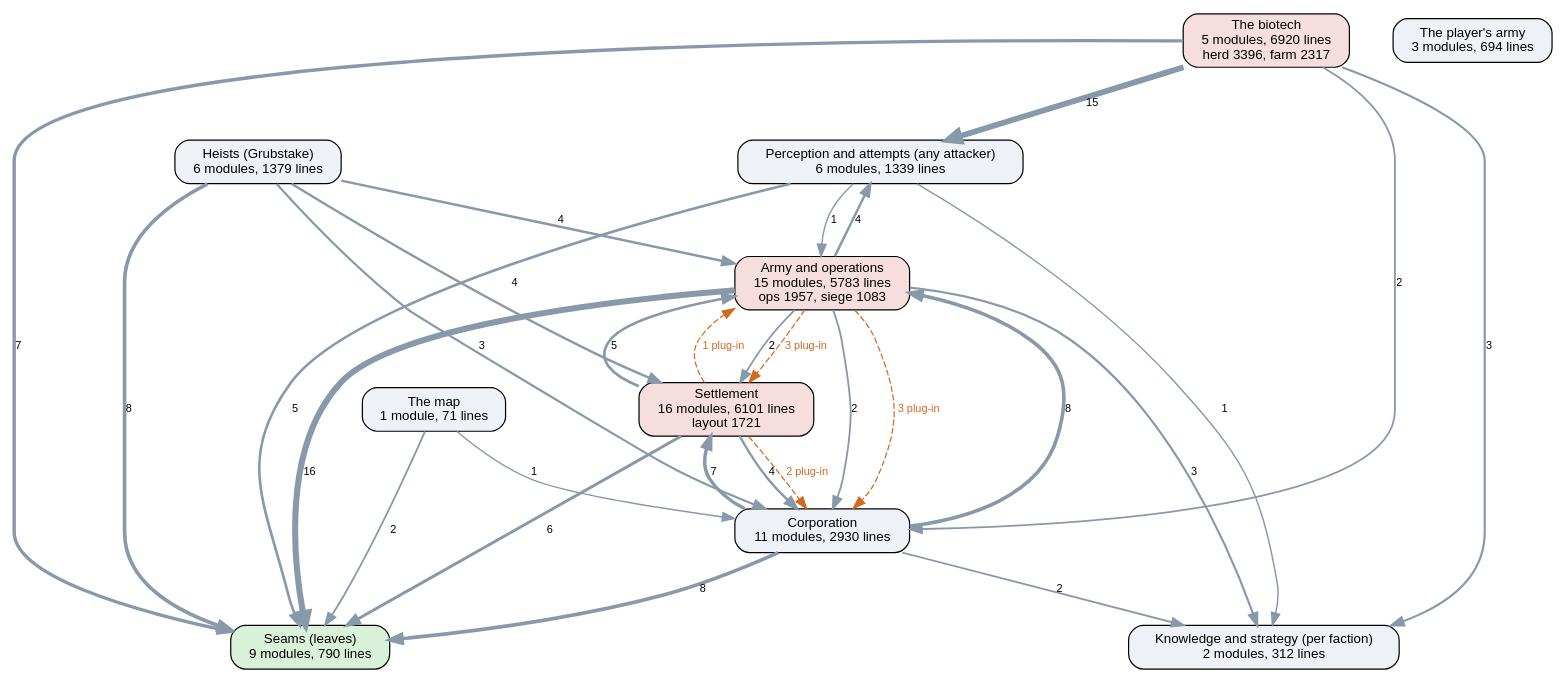
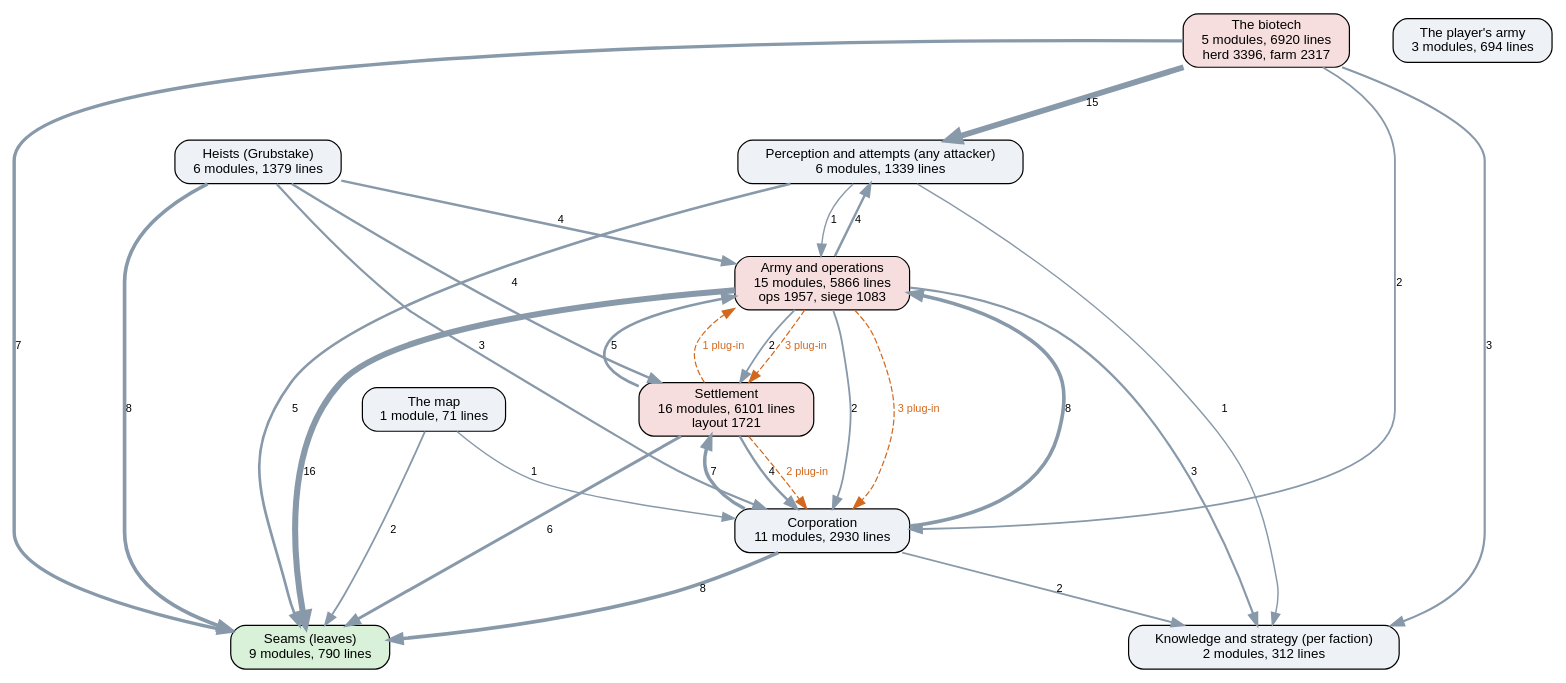
The diagram in docs/ai-layers.dot (kinelhu/landing-party), drawn with Graphviz before and after one commit. The commit also changed 13 other files, not shown here.

```diff
--- a/docs/ai-layers.dot
+++ b/docs/ai-layers.dot
@@ -1,44 +1,44 @@
 digraph layers {
   graph [rankdir=TB, fontname="Helvetica", nodesep=0.5, ranksep=0.7];
   node [shape=box, style="rounded,filled", fontname="Helvetica", fontsize=11, fillcolor="#eef2f7"];
   edge [color="#8899aa", fontname="Helvetica", fontsize=9];
   "Seams (leaves)" [label="Seams (leaves)\n9 modules, 790 lines", fillcolor="#d9f0d9"];
   "Perception and attempts (any attacker)" [label="Perception and attempts (any attacker)\n6 modules, 1339 lines", fillcolor="#eef2f7"];
   "Knowledge and strategy (per faction)" [label="Knowledge and strategy (per faction)\n2 modules, 312 lines", fillcolor="#eef2f7"];
   "Corporation" [label="Corporation\n11 modules, 2930 lines", fillcolor="#eef2f7"];
   "Settlement" [label="Settlement\n16 modules, 6101 lines\nlayout 1721", fillcolor="#f7dede"];
-  "Army and operations" [label="Army and operations\n15 modules, 5783 lines\nops 1957, siege 1083", fillcolor="#f7dede"];
+  "Army and operations" [label="Army and operations\n15 modules, 5866 lines\nops 1957, siege 1083", fillcolor="#f7dede"];
   "Heists (Grubstake)" [label="Heists (Grubstake)\n6 modules, 1379 lines", fillcolor="#eef2f7"];
   "The biotech" [label="The biotech\n5 modules, 6920 lines\nherd 3396, farm 2317", fillcolor="#f7dede"];
   "The map" [label="The map\n1 module, 71 lines", fillcolor="#eef2f7"];
   "The player's army" [label="The player's army\n3 modules, 694 lines", fillcolor="#eef2f7"];
   "Army and operations" -> "Corporation" [label="2", penwidth=1.5];
   "Army and operations" -> "Knowledge and strategy (per faction)" [label="3", penwidth=1.8];
   "Army and operations" -> "Perception and attempts (any attacker)" [label="4", penwidth=2.0];
   "Army and operations" -> "Seams (leaves)" [label="16", penwidth=5.0];
   "Army and operations" -> "Settlement" [label="2", penwidth=1.5];
   "Corporation" -> "Army and operations" [label="8", penwidth=3.0];
   "Corporation" -> "Knowledge and strategy (per faction)" [label="2", penwidth=1.5];
   "Corporation" -> "Seams (leaves)" [label="8", penwidth=3.0];
   "Corporation" -> "Settlement" [label="7", penwidth=2.8];
   "Heists (Grubstake)" -> "Army and operations" [label="4", penwidth=2.0];
   "Heists (Grubstake)" -> "Corporation" [label="3", penwidth=1.8];
   "Heists (Grubstake)" -> "Seams (leaves)" [label="8", penwidth=3.0];
   "Heists (Grubstake)" -> "Settlement" [label="4", penwidth=2.0];
   "Perception and attempts (any attacker)" -> "Army and operations" [label="1", penwidth=1.2];
   "Perception and attempts (any attacker)" -> "Knowledge and strategy (per faction)" [label="1", penwidth=1.2];
   "Perception and attempts (any attacker)" -> "Seams (leaves)" [label="5", penwidth=2.2];
   "Settlement" -> "Army and operations" [label="5", penwidth=2.2];
   "Settlement" -> "Corporation" [label="4", penwidth=2.0];
   "Settlement" -> "Seams (leaves)" [label="6", penwidth=2.5];
   "The biotech" -> "Corporation" [label="2", penwidth=1.5];
   "The biotech" -> "Knowledge and strategy (per faction)" [label="3", penwidth=1.8];
   "The biotech" -> "Perception and attempts (any attacker)" [label="15", penwidth=4.8];
   "The biotech" -> "Seams (leaves)" [label="7", penwidth=2.8];
   "The map" -> "Corporation" [label="1", penwidth=1.2];
   "The map" -> "Seams (leaves)" [label="2", penwidth=1.5];
   "Army and operations" -> "Corporation" [style=dashed, color="#d2691e", fontcolor="#d2691e", label="3 plug-in"];
   "Army and operations" -> "Settlement" [style=dashed, color="#d2691e", fontcolor="#d2691e", label="3 plug-in"];
   "Settlement" -> "Army and operations" [style=dashed, color="#d2691e", fontcolor="#d2691e", label="1 plug-in"];
   "Settlement" -> "Corporation" [style=dashed, color="#d2691e", fontcolor="#d2691e", label="2 plug-in"];
 }
```
